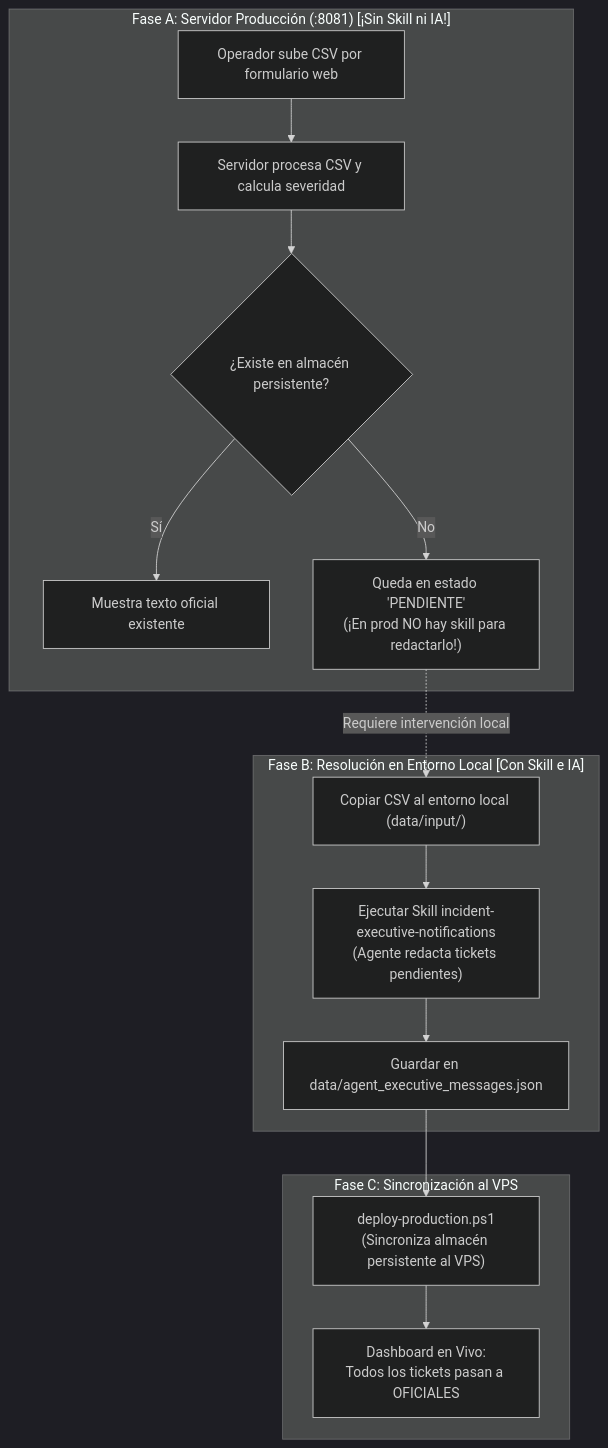
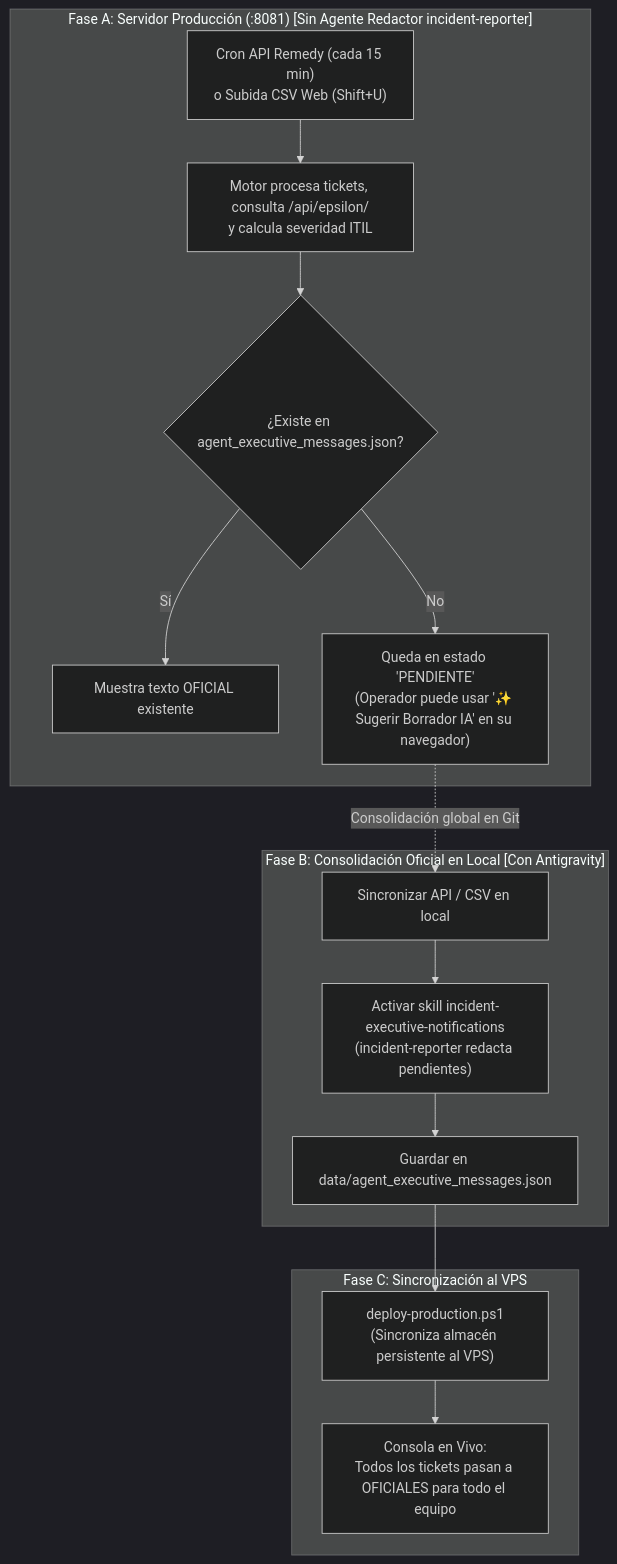
Before and after one commit to jfdelafuente/release-dashboard-application: the second of 2 diagrams in docs/02-gestion-emergencias/notificaciones-ejecutivas.md, drawn with Mermaid (dark theme). The commit also changed other lines of this file, not shown here.

````diff
--- a/docs/02-gestion-emergencias/notificaciones-ejecutivas.md
+++ b/docs/02-gestion-emergencias/notificaciones-ejecutivas.md
@@ -43,21 +46,21 @@
 ```mermaid
 flowchart TD
-    subgraph E2_PROD_INI["Fase A: Servidor Producción (:8081) [¡Sin Skill ni IA!]"]
-        E2_A["Operador sube CSV por formulario web"] --> E2_B["Servidor procesa CSV y calcula severidad"]
-        E2_B --> E2_C{"¿Existe en almacén persistente?"}
-        E2_C -- Sí --> E2_D["Muestra texto oficial existente"]
-        E2_C -- No --> E2_E["Queda en estado 'PENDIENTE'<br/>(¡En prod NO hay skill para redactarlo!)"]
+    subgraph E2_PROD_INI["Fase A: Servidor Producción (:8081) [Sin Agente Redactor incident-reporter]"]
+        E2_A["Cron API Remedy (cada 15 min)<br/>o Subida CSV Web (Shift+U)"] --> E2_B["Motor procesa tickets, consulta /api/epsilon/<br/>y calcula severidad ITIL"]
+        E2_B --> E2_C{"¿Existe en agent_executive_messages.json?"}
+        E2_C -- Sí --> E2_D["Muestra texto OFICIAL existente"]
+        E2_C -- No --> E2_E["Queda en estado 'PENDIENTE'<br/>(Operador puede usar '✨ Sugerir Borrador IA' en su navegador)"]
     end
 
-    subgraph E2_LOCAL["Fase B: Resolución en Entorno Local [Con Skill e IA]"]
-        E2_F["Copiar CSV al entorno local (data/input/)"] --> E2_G["Ejecutar Skill incident-executive-notifications<br/>(Agente redacta tickets pendientes)"]
+    subgraph E2_LOCAL["Fase B: Consolidación Oficial en Local [Con Antigravity]"]
+        E2_F["Sincronizar API / CSV en local"] --> E2_G["Activar skill incident-executive-notifications<br/>(incident-reporter redacta pendientes)"]
         E2_G --> E2_H["Guardar en data/agent_executive_messages.json"]
     end
 
     subgraph E2_PROD_FIN["Fase C: Sincronización al VPS"]
-        E2_I["deploy-production.ps1<br/>(Sincroniza almacén persistente al VPS)"] --> E2_J["Dashboard en Vivo:<br/>Todos los tickets pasan a OFICIALES"]
+        E2_I["deploy-production.ps1<br/>(Sincroniza almacén persistente al VPS)"] --> E2_J["Consola en Vivo:<br/>Todos los tickets pasan a OFICIALES para todo el equipo"]
     end
 
-    E2_E -.->|"Requiere intervención local"| E2_F
+    E2_E -.->|"Consolidación global en Git"| E2_F
     E2_H --> E2_I
 ```
````
